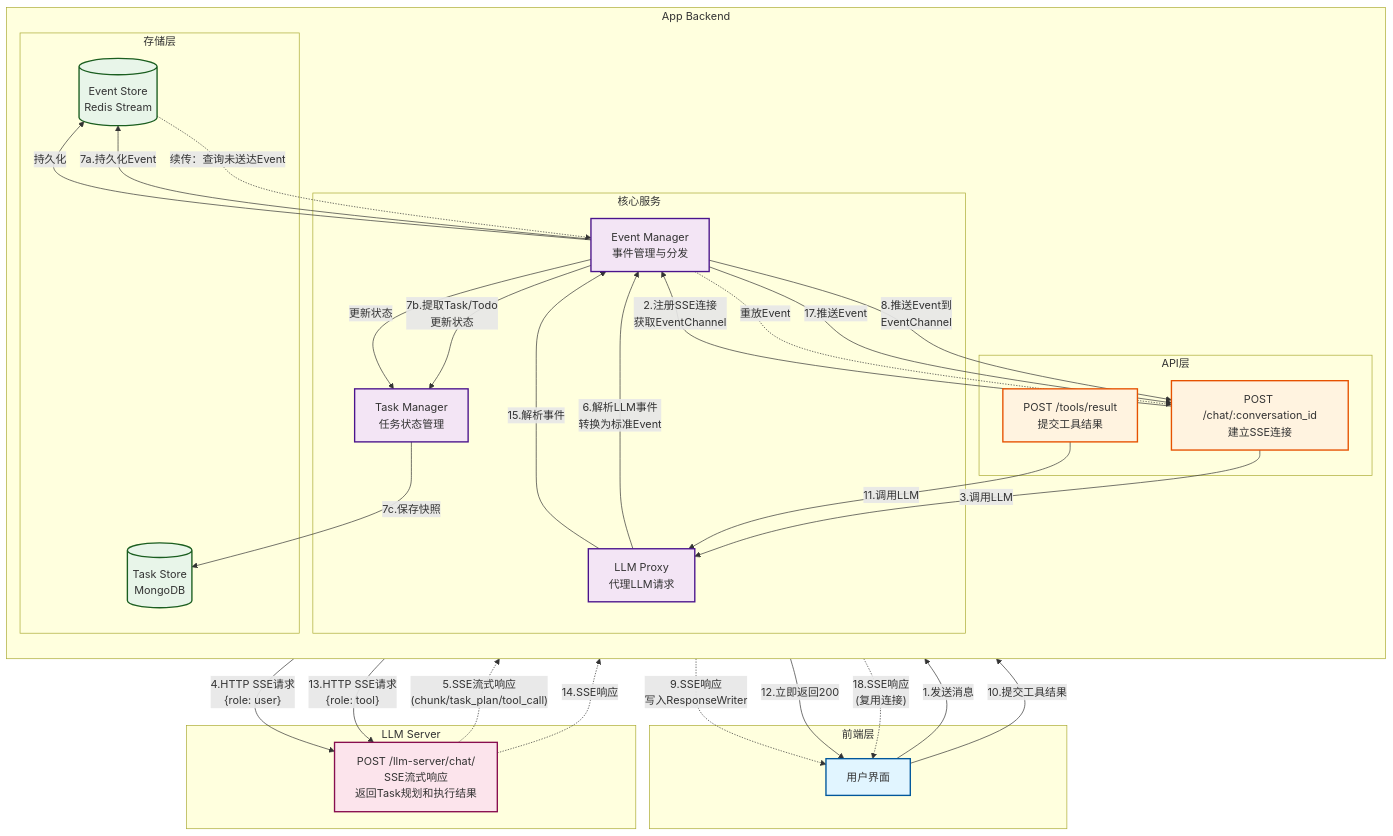
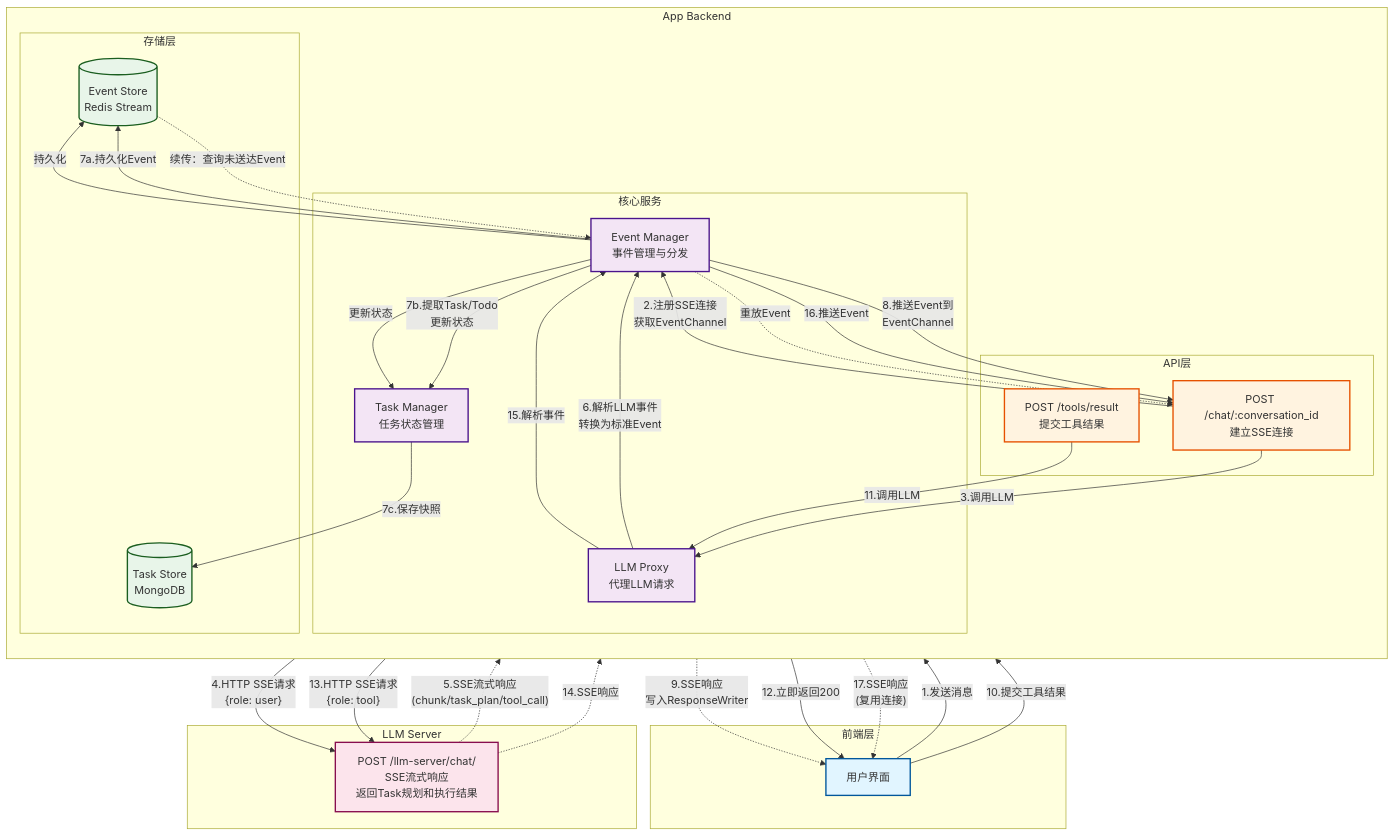
Before and after one commit to yingjianzh/iodraw-files: the diagram in all/未命名-10.md, drawn with Mermaid.

Commit message:
2025-12-22 15:40:12 update

````diff
--- a/all/未命名-10.md
+++ b/all/未命名-10.md
@@ -1,76 +1,76 @@
 ```mermaid
 graph TB
     subgraph "前端层"
         UI[用户界面]
     end
 
     subgraph "App Backend"
         direction TB
         
         subgraph "API层"
             ChatAPI["POST /chat/:conversation_id<br/>建立SSE连接"]
             ToolAPI["POST /tools/result<br/>提交工具结果"]
         end
         
         subgraph "核心服务"
             EventMgr["Event Manager<br/>事件管理与分发"]
             TaskMgr["Task Manager<br/>任务状态管理"]
             LLMProxy["LLM Proxy<br/>代理LLM请求"]
         end
         
         subgraph "存储层"
             EventStore[("Event Store<br/>Redis Stream")]
             TaskStore[("Task Store<br/>MongoDB")]
         end
     end
 
     subgraph "LLM Server"
         LLMAPI["POST /llm-server/chat/<br/>SSE流式响应<br/>返回Task规划和执行结果"]
     end
 
     %% ===== 用户发送消息流程 =====
     UI -->|"1.发送消息"| ChatAPI
     ChatAPI -->|"2.注册SSE连接<br/>获取EventChannel"| EventMgr
     ChatAPI -->|"3.调用LLM"| LLMProxy
     
     LLMProxy -->|"4.HTTP SSE请求<br/>{role: user}"| LLMAPI
     LLMAPI -.->|"5.SSE流式响应<br/>(chunk/task_plan/tool_call)"| LLMProxy
     
     LLMProxy -->|"6.解析LLM事件<br/>转换为标准Event"| EventMgr
     EventMgr -->|"7a.持久化Event"| EventStore
     EventMgr -->|"7b.提取Task/Todo<br/>更新状态"| TaskMgr
     TaskMgr -->|"7c.保存快照"| TaskStore
     
     EventMgr -->|"8.推送Event到<br/>EventChannel"| ChatAPI
     ChatAPI -.->|"9.SSE响应<br/>写入ResponseWriter"| UI
     
     %% ===== 工具调用流程 =====
     UI -->|"10.提交工具结果"| ToolAPI
   
     ToolAPI -->|"11.调用LLM"| LLMProxy
     ToolAPI -->|"12.立即返回200"| UI
     
     LLMProxy -->|"13.HTTP SSE请求<br/>{role: tool}"| LLMAPI
     LLMAPI -.->|"14.SSE响应"| LLMProxy
     LLMProxy -->|"15.解析事件"| EventMgr
     EventMgr -->|"持久化"| EventStore
     EventMgr -->|"更新状态"| TaskMgr
-    EventMgr -->|"17.推送Event"| ChatAPI
-    ChatAPI -.->|"18.SSE响应<br/>(复用连接)"| UI
+    EventMgr -->|"16.推送Event"| ChatAPI
+    ChatAPI -.->|"17.SSE响应<br/>(复用连接)"| UI
     
     %% ===== 续传 =====
     EventStore -.->|"续传：查询未送达Event"| EventMgr
     EventMgr -.->|"重放Event"| ChatAPI
 
     classDef frontend fill:#e1f5ff,stroke:#01579b,stroke-width:2px
     classDef api fill:#fff3e0,stroke:#e65100,stroke-width:2px
     classDef service fill:#f3e5f5,stroke:#4a148c,stroke-width:2px
     classDef storage fill:#e8f5e9,stroke:#1b5e20,stroke-width:2px
     classDef llm fill:#fce4ec,stroke:#880e4f,stroke-width:2px
     
     class UI frontend
     class ChatAPI,ToolAPI api
     class EventMgr,TaskMgr,LLMProxy service
     class EventStore,TaskStore storage
     class LLMAPI llm
 ```
````
